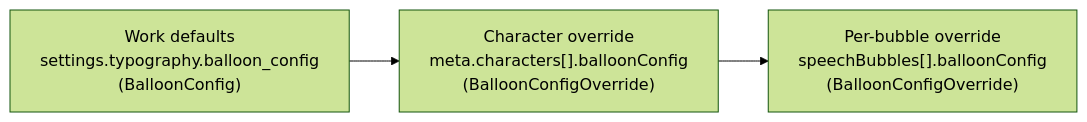
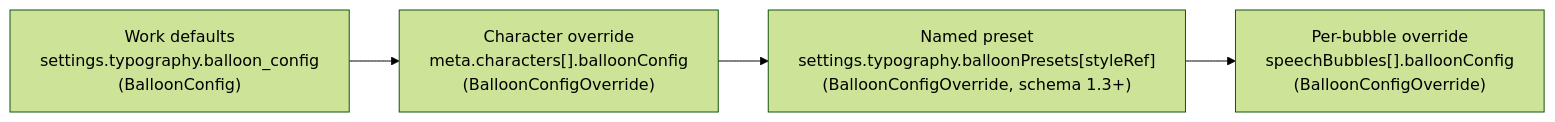
Before and after one commit to peoplegraphics/documentationai-Docs: the diagram in schema/speech-bubbles.mdx, drawn with Mermaid (forest theme). The commit also changed other lines of this file and 18 other files, not shown here.

````diff
--- a/schema/speech-bubbles.mdx
+++ b/schema/speech-bubbles.mdx
@@ -52,5 +61,6 @@
 ```mermaid
 graph LR
     A["Work defaults<br/>settings.typography.balloon_config<br/>(BalloonConfig)"] --> B["Character override<br/>meta.characters[].balloonConfig<br/>(BalloonConfigOverride)"]
-    B --> C["Per-bubble override<br/>speechBubbles[].balloonConfig<br/>(BalloonConfigOverride)"]
+    B --> P["Named preset<br/>settings.typography.balloonPresets[styleRef]<br/>(BalloonConfigOverride, schema 1.3+)"]
+    P --> C["Per-bubble override<br/>speechBubbles[].balloonConfig<br/>(BalloonConfigOverride)"]
 ```
````
